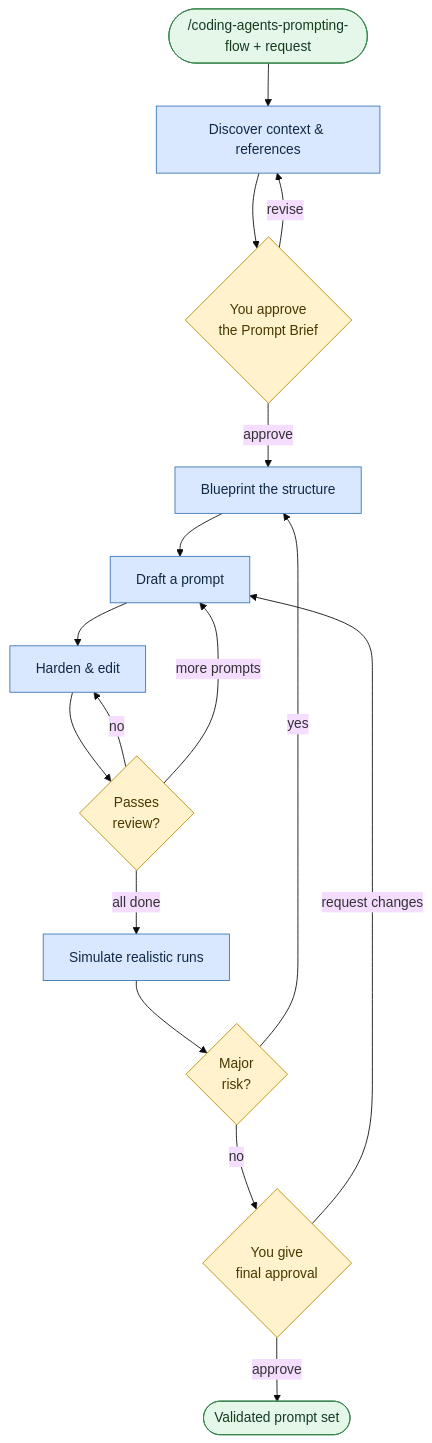
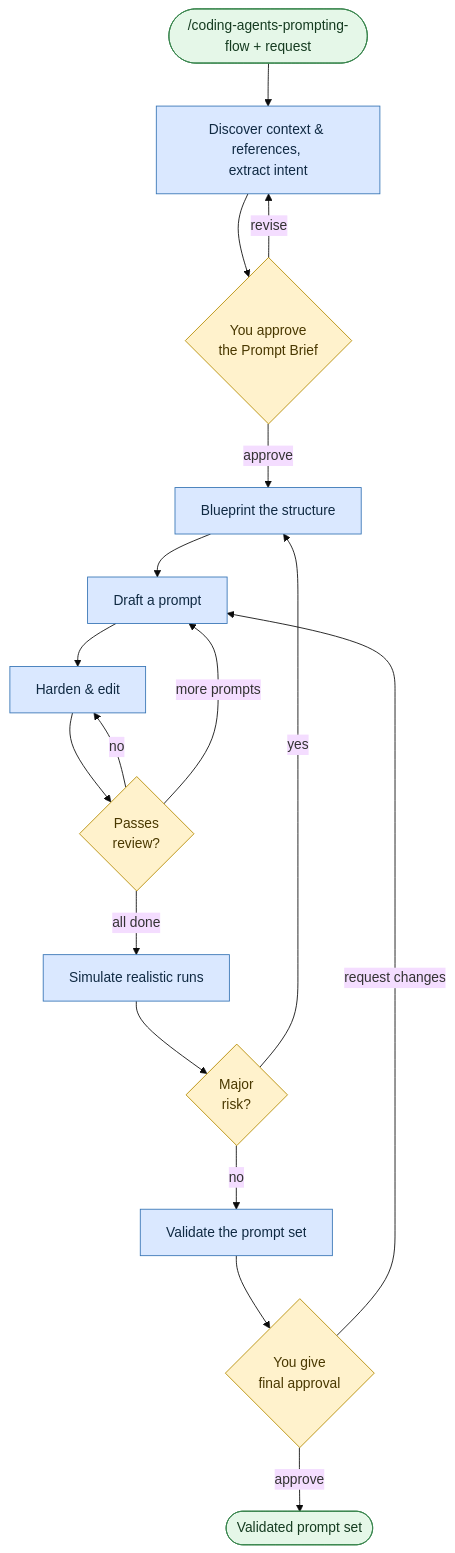
The diagram in user-guide/scenarios/author-agent-prompts.md (atomicdjt/rosetta), drawn with Mermaid (base theme) before and after one commit. The commit also changed other lines of this file and 86 other files, not shown here.

````diff
--- a/user-guide/scenarios/author-agent-prompts.md
+++ b/user-guide/scenarios/author-agent-prompts.md
@@ -25,25 +25,26 @@
 ```mermaid
 flowchart TB
-    Start(["/coding-agents-prompting-flow + request"]) --> Disc["Discover context & references"]
+    Start(["/coding-agents-prompting-flow + request"]) --> Disc["Discover context & references, <br>extract intent"]
     Disc --> G1{"You approve <br>the Prompt Brief"}
     G1 -->|revise| Disc
     G1 -->|approve| Blue["Blueprint the structure"]
     Blue --> Draft["Draft a prompt"]
     Draft --> Harden["Harden & edit"]
     Harden --> Pass{"Passes <br>review?"}
     Pass -->|no| Harden
     Pass -->|more prompts| Draft
     Pass -->|all done| Sim["Simulate realistic runs"]
     Sim --> Risk{"Major <br>risk?"}
     Risk -->|yes| Blue
-    Risk -->|no| G2{"You give <br>final approval"}
+    Risk -->|no| Val["Validate the prompt set"]
+    Val --> G2{"You give <br>final approval"}
     G2 -->|request changes| Draft
     G2 -->|approve| Done(["Validated prompt set"])
 
     classDef step fill:#dae8ff,stroke:#3674b5,color:#102a43;
     classDef gate fill:#fff2cc,stroke:#b58b00,color:#493800;
     classDef done fill:#e5f7e8,stroke:#35834a,color:#153b20;
-    class Disc,Blue,Draft,Harden,Sim step;
+    class Disc,Blue,Draft,Harden,Sim,Val step;
     class G1,Pass,Risk,G2 gate;
     class Start,Done done;
 ```
````
